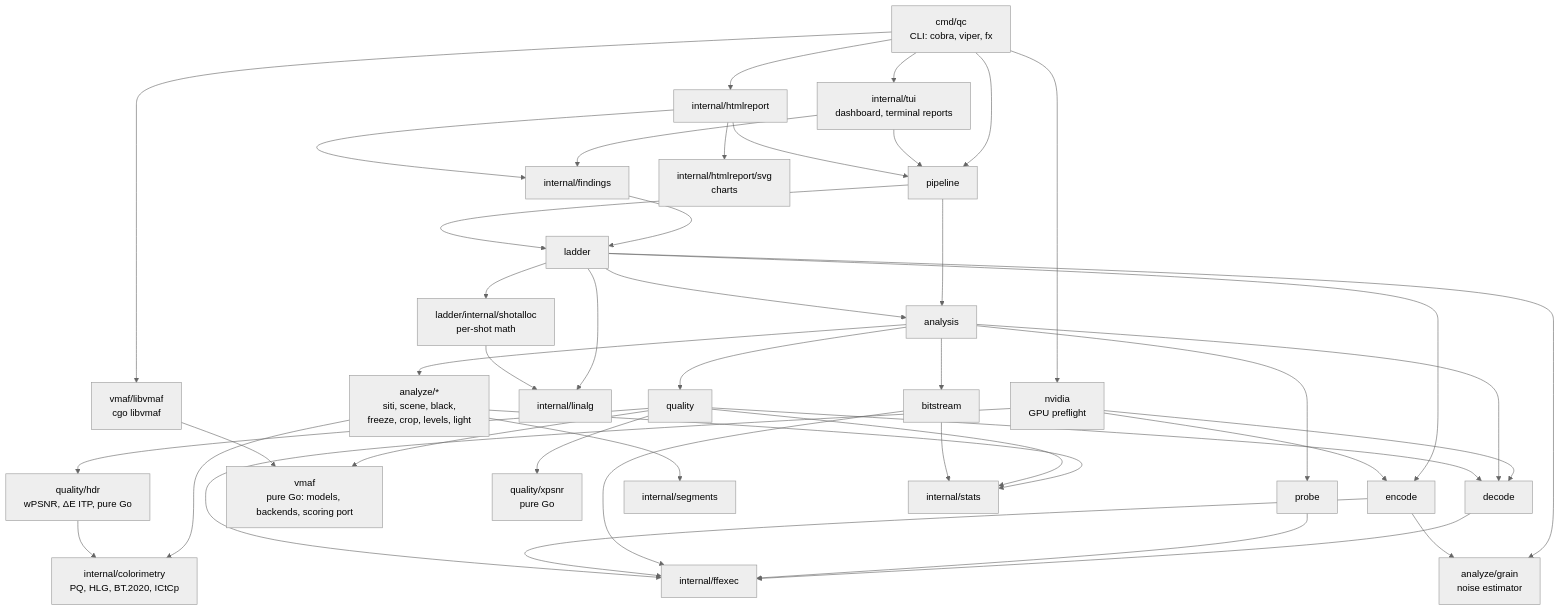
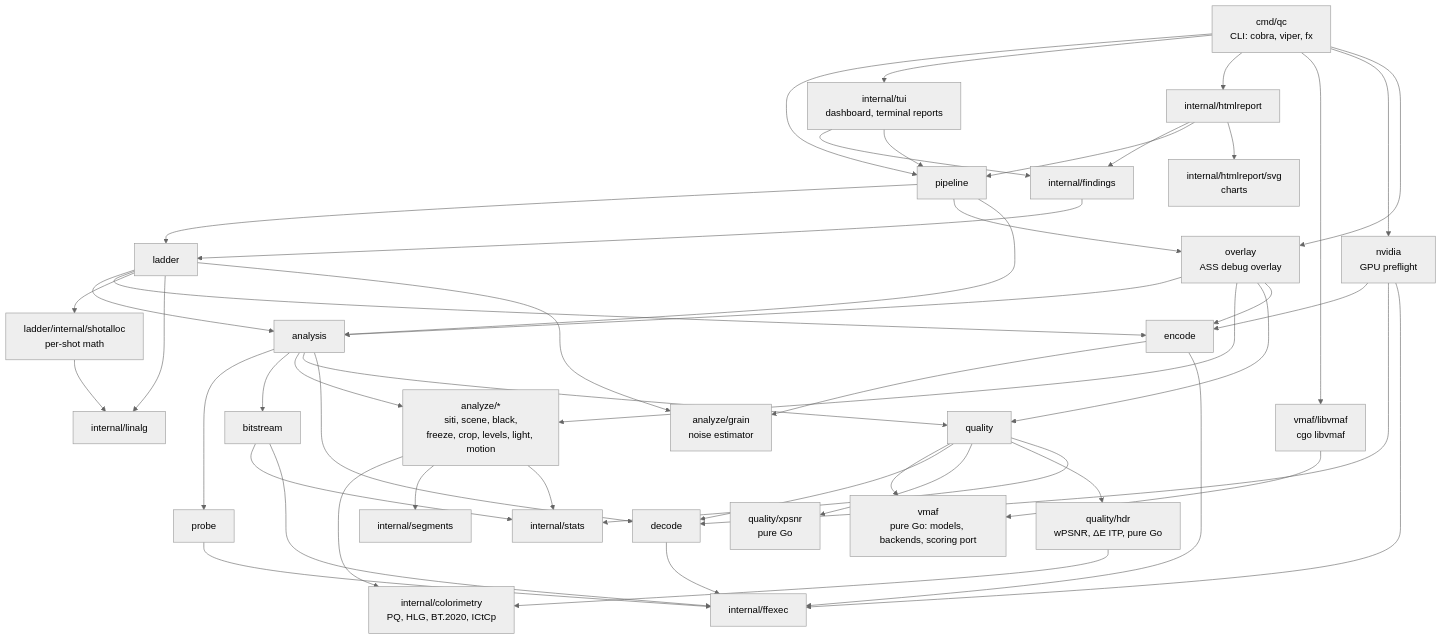
The diagram in docs/architecture.md (eko/qc), drawn with Mermaid (neutral theme) before and after one commit. The commit also changed other lines of this file and 177 other files, not shown here.

````diff
--- a/docs/architecture.md
+++ b/docs/architecture.md
@@ -18,46 +18,52 @@
 ```mermaid
 flowchart TB
     cmd["cmd/qc<br/>CLI: cobra, viper, fx"] --> pipeline
     cmd --> tui["internal/tui<br/>dashboard, terminal reports"]
     cmd --> html["internal/htmlreport"]
     cmd --> libvmaf
     cmd --> nvidia["nvidia<br/>GPU preflight"]
     tui --> findings["internal/findings"]
     tui --> pipeline
     html --> findings
     html --> pipeline
     html --> svg["internal/htmlreport/svg<br/>charts"]
     findings --> ladder
     pipeline --> ladder
+    pipeline --> overlay["overlay<br/>ASS debug overlay"]
+    cmd --> overlay
+    overlay --> analysis
+    overlay --> analyze
+    overlay --> quality
+    overlay --> encode
     pipeline --> analysis
     ladder --> analysis
     ladder --> encode
     ladder --> shotalloc["ladder/internal/shotalloc<br/>per-shot math"]
     ladder --> linalg["internal/linalg"]
     shotalloc --> linalg
     ladder --> grain["analyze/grain<br/>noise estimator"]
     encode --> grain
     nvidia --> encode
     nvidia --> decode
     analysis --> probe
     analysis --> bitstream
-    analysis --> analyze["analyze/*<br/>siti, scene, black,<br/>freeze, crop, levels, light"]
+    analysis --> analyze["analyze/*<br/>siti, scene, black,<br/>freeze, crop, levels, light, motion"]
     analyze --> colorimetry["internal/colorimetry<br/>PQ, HLG, BT.2020, ICtCp"]
     analysis --> quality
     analysis --> decode
     quality --> vmaf["vmaf<br/>pure Go: models, backends, scoring port"]
     libvmaf["vmaf/libvmaf<br/>cgo libvmaf"] --> vmaf
     quality --> decode
     quality --> xpsnr["quality/xpsnr<br/>pure Go"]
     quality --> hdrq["quality/hdr<br/>wPSNR, ΔE ITP, pure Go"]
     hdrq --> colorimetry
     analyze --> segments["internal/segments"]
     analyze --> stats["internal/stats"]
     quality --> stats
     bitstream --> stats
     decode --> ffexec["internal/ffexec"]
     probe --> ffexec
     bitstream --> ffexec
     encode --> ffexec
     nvidia --> ffexec
 ```
````
